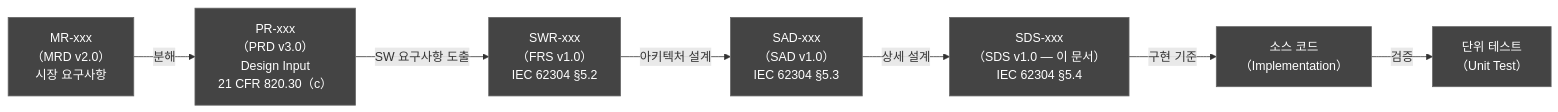
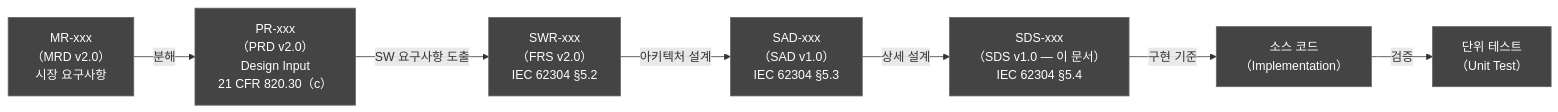
One commit to holee9/console-gui changed the first of 23 diagrams in docs/planning/DOC-007_SDS_v1.0.md. Above: the diagram before and after it, drawn with Mermaid. The commit also changed other lines of this file and 11 other files, not shown here.

````diff
--- a/docs/planning/DOC-007_SDS_v1.0.md
+++ b/docs/planning/DOC-007_SDS_v1.0.md
@@ -88,23 +88,23 @@
 ```mermaid
 flowchart LR
     MRD["MR-xxx\n（MRD v2.0）\n시장 요구사항"]
-    PRD["PR-xxx\n（PRD v3.0）\nDesign Input\n21 CFR 820.30（c）"]
-    FRS["SWR-xxx\n（FRS v1.0）\nIEC 62304 §5.2"]
+    PRD["PR-xxx\n（PRD v2.0）\nDesign Input\n21 CFR 820.30（c）"]
+    FRS["SWR-xxx\n（FRS v2.0）\nIEC 62304 §5.2"]
     SAD["SAD-xxx\n（SAD v1.0）\nIEC 62304 §5.3"]
     SDS["SDS-xxx\n（SDS v1.0 — 이 문서）\nIEC 62304 §5.4"]
     CODE["소스 코드\n（Implementation）"]
     UT["단위 테스트\n（Unit Test）"]
 
     MRD -->|분해| PRD
     PRD -->|SW 요구사항 도출| FRS
     FRS -->|아키텍처 설계| SAD
     SAD -->|상세 설계| SDS
     SDS -->|구현 기준| CODE
     CODE -->|검증| UT
 
     classDef default fill:#444,stroke:#666,color:#fff
     style SDS fill:#444,color:#fff
     style SAD fill:#444,color:#fff
     style FRS fill:#444,color:#fff
     style CODE fill:#444,color:#fff
 ```
````
